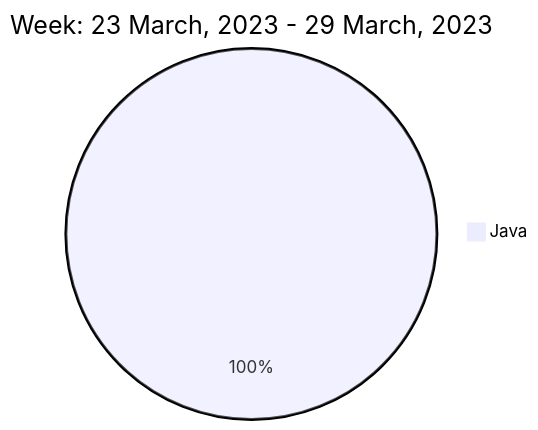
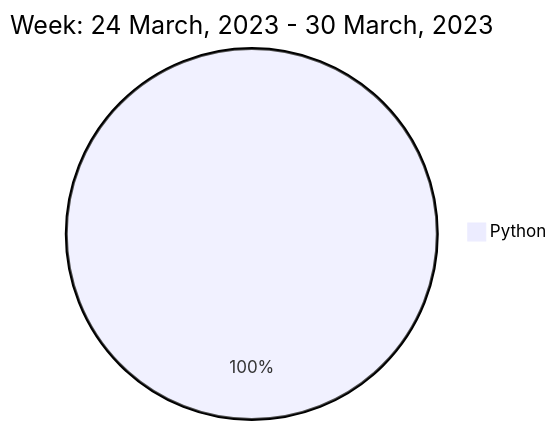
Before and after one commit to liubin95/liubin95: the diagram in README.md, drawn with Mermaid.

Commit message:
Updated the Graph with new Metrics

````diff
--- a/README.md
+++ b/README.md
@@ -40,5 +40,5 @@
 ```mermaid
  pie
-title Week: 23 March, 2023 - 29 March, 2023
- "Java" : 2.23
+title Week: 24 March, 2023 - 30 March, 2023
+ "Python" : 2.17
 ```
````
